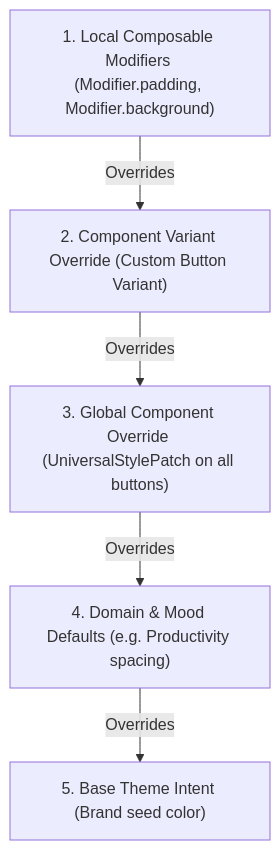
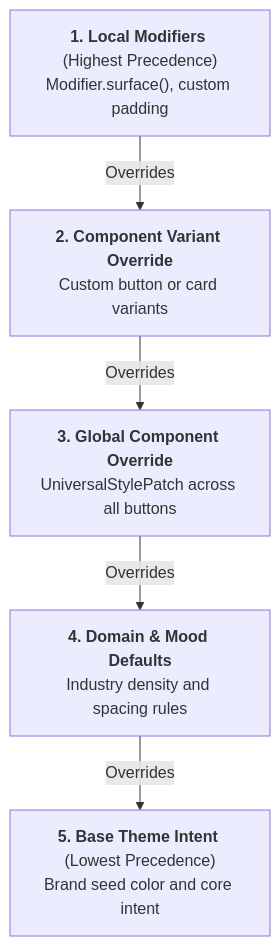
The diagram in docs/docs-site/src/content/docs/theming/overrides.mdx (alph-a07/basis), drawn with Mermaid before and after one commit. The commit also changed 8 other files, not shown here.

Commit message:
fix(docs): resolve tiny mermaid scaling and text truncation

````diff
--- a/docs/docs-site/src/content/docs/theming/overrides.mdx
+++ b/docs/docs-site/src/content/docs/theming/overrides.mdx
@@ -11,13 +11,8 @@
 ```mermaid
 flowchart TD
-    P1["1. Local Composable Modifiers (Modifier.padding, Modifier.background)"]
-    P2["2. Component Variant Override (Custom Button Variant)"]
-    P3["3. Global Component Override (UniversalStylePatch on all buttons)"]
-    P4["4. Domain & Mood Defaults (e.g. Productivity spacing)"]
-    P5["5. Base Theme Intent (Brand seed color)"]
-
-    P1 -->|Overrides| P2
-    P2 -->|Overrides| P3
-    P3 -->|Overrides| P4
-    P4 -->|Overrides| P5
+    P1["<b>1. Local Modifiers</b> (Highest Precedence)<br/>Modifier.surface(), custom padding"]
+    -->|Overrides| P2["<b>2. Component Variant Override</b><br/>Custom button or card variants"]
+    -->|Overrides| P3["<b>3. Global Component Override</b><br/>UniversalStylePatch across all buttons"]
+    -->|Overrides| P4["<b>4. Domain & Mood Defaults</b><br/>Industry density and spacing rules"]
+    -->|Overrides| P5["<b>5. Base Theme Intent</b> (Lowest Precedence)<br/>Brand seed color and core intent"]
 ```
````
